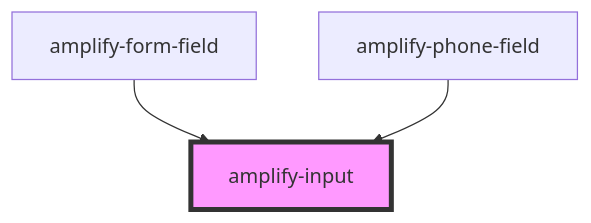
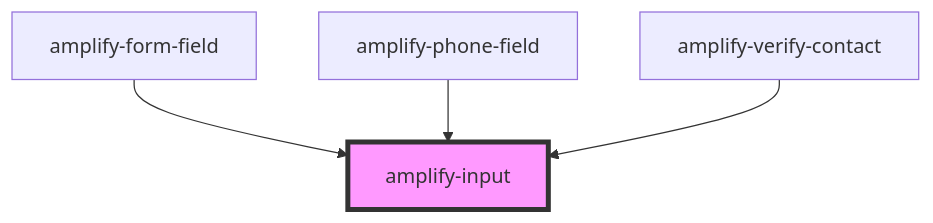
The diagram in packages/amplify-ui-components/src/components/amplify-input/readme.md (OneDev0411/amplify-js), drawn with Mermaid before and after one commit. The commit also changed other lines of this file and 21 other files, not shown here.

First line of the commit message:
feat(@aws-amplify/ui-components): amplify-verify-contact (#4583)

````diff
--- a/packages/amplify-ui-components/src/components/amplify-input/readme.md
+++ b/packages/amplify-ui-components/src/components/amplify-input/readme.md
@@ -30,6 +30,7 @@
 ```mermaid
 graph TD;
   amplify-form-field --> amplify-input
   amplify-phone-field --> amplify-input
+  amplify-verify-contact --> amplify-input
   style amplify-input fill:#f9f,stroke:#333,stroke-width:4px
 ```
````
